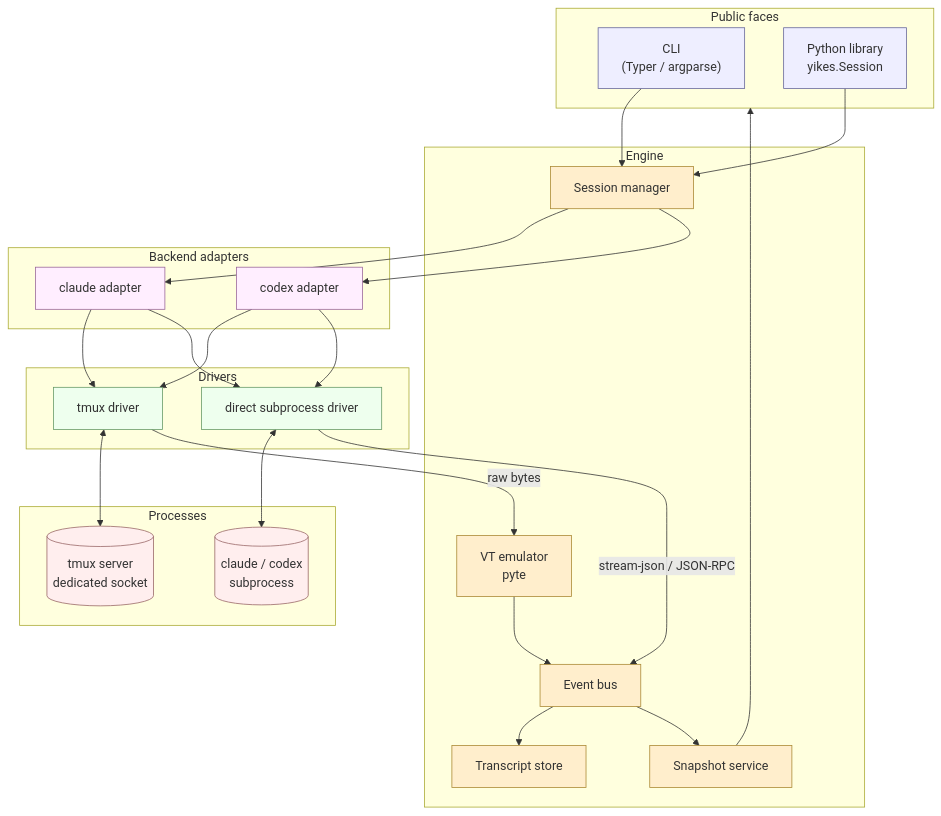
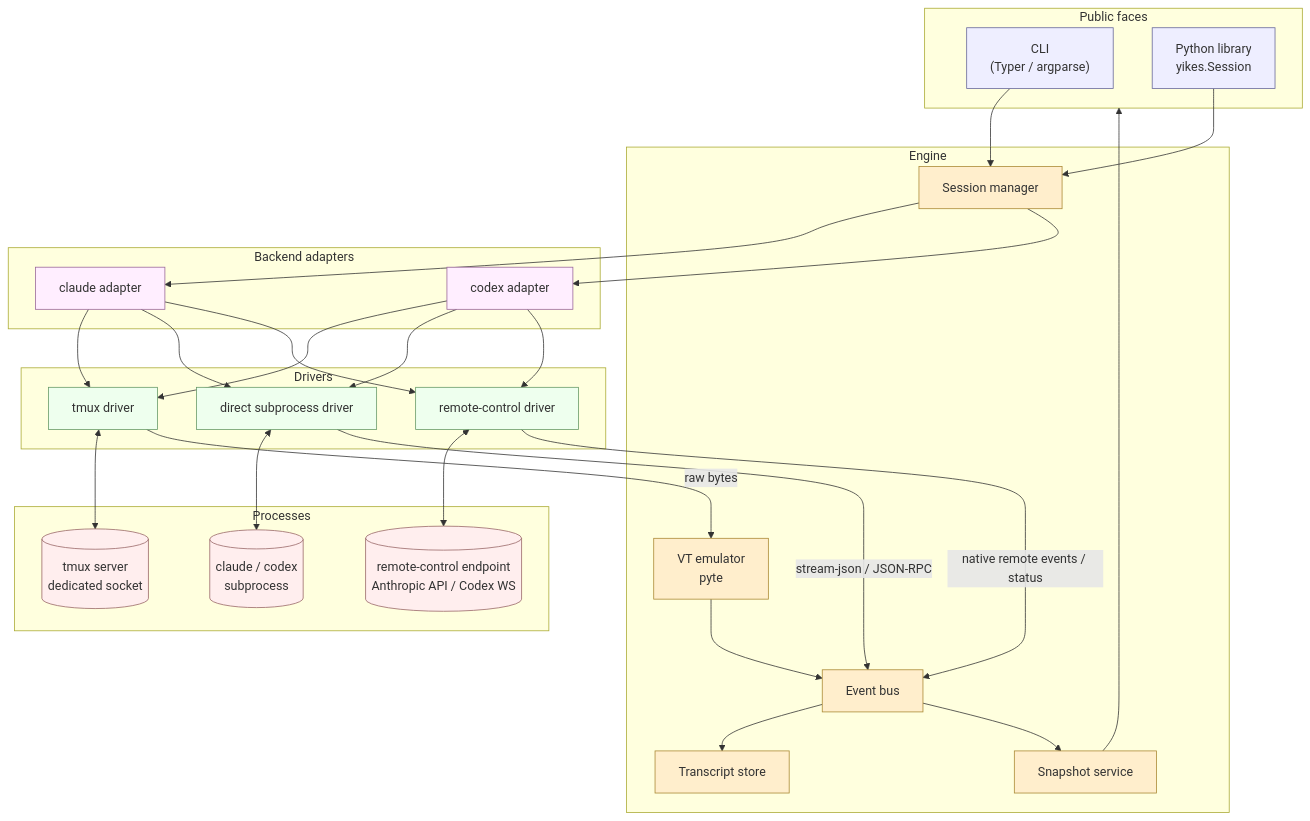
The first of 7 diagrams in docs/architecture.md (Alyxion/yikes), drawn with Mermaid before and after one commit. The commit also changed other lines of this file and 9 other files, not shown here.

````diff
--- a/docs/architecture.md
+++ b/docs/architecture.md
@@ -7,59 +7,65 @@
 ```mermaid
 flowchart TB
     subgraph faces[Public faces]
         cli["CLI<br/>(Typer / argparse)"]
         pylib["Python library<br/>yikes.Session"]
     end
 
     subgraph engine[Engine]
         ses[Session manager]
         evbus[Event bus]
         tx[Transcript store]
         snap[Snapshot service]
         emul[VT emulator<br/>pyte]
     end
 
     subgraph adapters[Backend adapters]
         ca[claude adapter]
         coa[codex adapter]
     end
 
     subgraph drivers[Drivers]
         dtmux[tmux driver]
         ddirect[direct subprocess driver]
+        dremote[remote-control driver]
     end
 
     subgraph proc[Processes]
         ptmux[(tmux server<br/>dedicated socket)]
         pdirect[(claude / codex<br/>subprocess)]
+        premote[(remote-control endpoint<br/>Anthropic API / Codex WS)]
     end
 
     cli --> ses
     pylib --> ses
     ses --> ca
     ses --> coa
     ca --> dtmux
     ca --> ddirect
+    ca --> dremote
     coa --> dtmux
     coa --> ddirect
+    coa --> dremote
     dtmux <--> ptmux
     ddirect <--> pdirect
+    dremote <--> premote
 
     dtmux -->|raw bytes| emul
     ddirect -->|stream-json / JSON-RPC| evbus
+    dremote -->|native remote events / status| evbus
     emul --> evbus
     evbus --> tx
     evbus --> snap
     snap --> faces
 
     classDef face fill:#eef,stroke:#669
     classDef eng fill:#fec,stroke:#a83
     classDef adap fill:#fef,stroke:#969
     classDef drv fill:#efe,stroke:#696
     classDef pr fill:#fee,stroke:#966
     class cli,pylib face
     class ses,evbus,tx,snap,emul eng
     class ca,coa adap
-    class dtmux,ddirect drv
-    class ptmux,pdirect pr
+    class dtmux,ddirect,dremote drv
+    class ptmux,pdirect,premote pr
 ```
````
